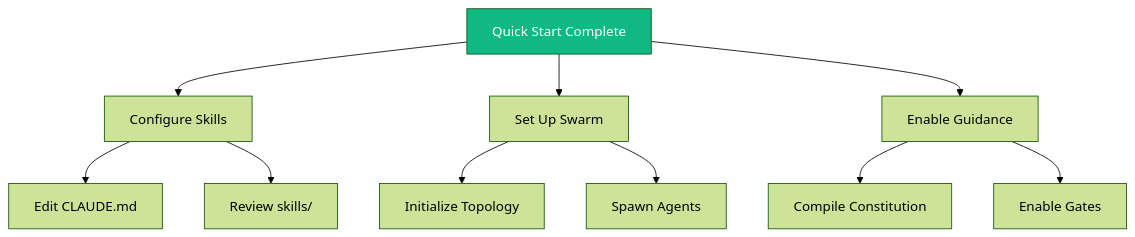
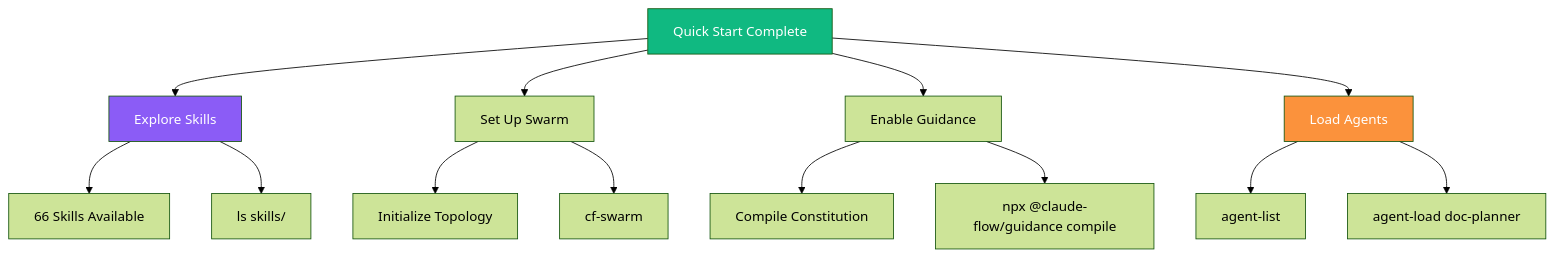
Before and after one commit to DreamLab-AI/agentbox: the fifth of 5 diagrams in docs/guides/quick-start.md, drawn with Mermaid (forest theme). The commit also changed other lines of this file and 53 other files, not shown here.

First line of the commit message:
Documentation Pack v3.0: Complete docs upgrade with 66 skills and AISP 5.1

````diff
--- a/docs/guides/quick-start.md
+++ b/docs/guides/quick-start.md
@@ -155,17 +266,23 @@
 ```mermaid
 graph TB
-    START[Quick Start Complete] --> A[Configure Skills]
+    START[Quick Start Complete] --> A[Explore Skills]
     START --> B[Set Up Swarm]
     START --> C[Enable Guidance]
+    START --> D[Load Agents]
 
-    A --> A1[Edit CLAUDE.md]
-    A --> A2[Review skills/]
+    A --> A1[66 Skills Available]
+    A --> A2[ls skills/]
 
     B --> B1[Initialize Topology]
-    B --> B2[Spawn Agents]
+    B --> B2[cf-swarm]
 
     C --> C1[Compile Constitution]
-    C --> C2[Enable Gates]
+    C --> C2[npx @claude-flow/guidance compile]
+
+    D --> D1[agent-list]
+    D --> D2[agent-load doc-planner]
 
     style START fill:#10b981,color:#fff
+    style A fill:#8b5cf6,color:#fff
+    style D fill:#fb923c,color:#fff
 ```
````
